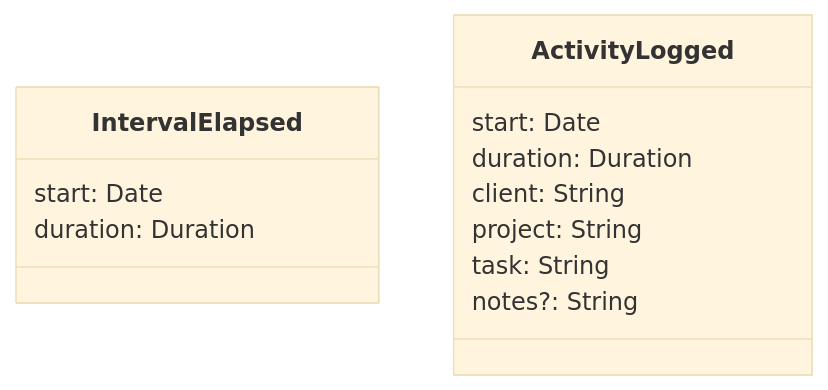
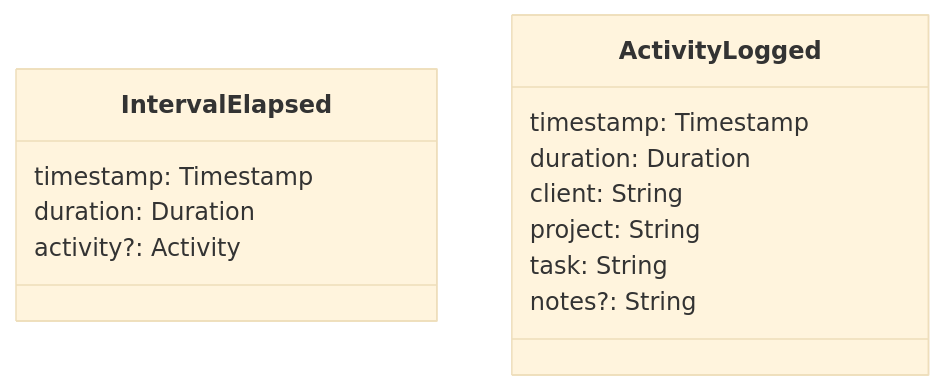
Before and after one commit to falkoschumann/activity-sampling: the diagram in doc/README.md, drawn with Mermaid (base theme).

Commit message:
docs: update events

````diff
--- a/doc/README.md
+++ b/doc/README.md
@@ -53,16 +53,17 @@
 ```mermaid
 classDiagram
     class IntervalElapsed {
-        start: Date
+        timestamp: Timestamp
         duration: Duration
+        activity?: Activity
     }
 
     class ActivityLogged {
-        start: Date
+        timestamp: Timestamp
         duration: Duration
         client: String
         project: String
         task: String
         notes?: String
     }
 ```
````
